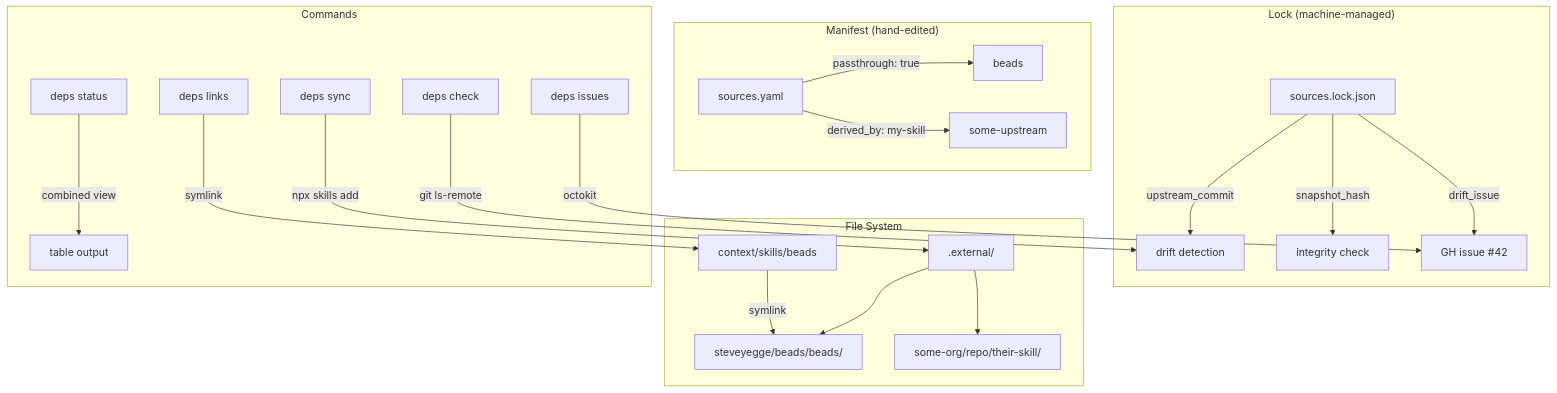
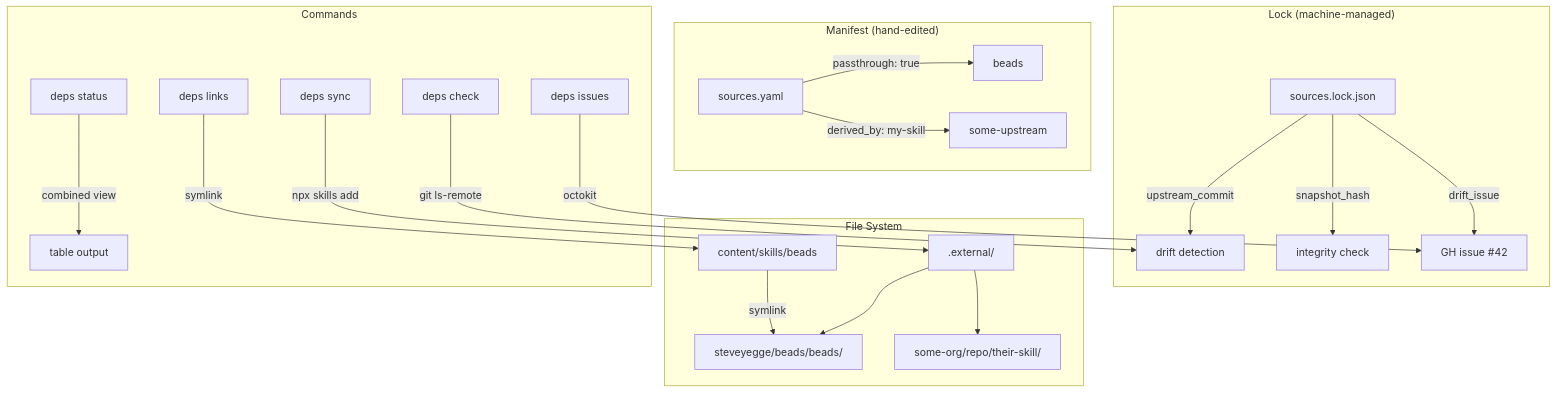
One commit to aRustyDev/agents changed the diagram in docs/src/adr/014-external-skill-tracking-architecture.md. Above: the diagram before and after it, drawn with Mermaid. The commit also changed other lines of this file and 4846 other files, not shown here.

First line of the commit message:
refactor: rename context/ -> content/ + update all config (ai-37e)

````diff
--- a/docs/src/adr/014-external-skill-tracking-architecture.md
+++ b/docs/src/adr/014-external-skill-tracking-architecture.md
@@ -78,30 +78,30 @@
 ```mermaid
 graph TD
     subgraph "Manifest (hand-edited)"
         M[sources.yaml]
         M -->|passthrough: true| PT[beads]
         M -->|derived_by: my-skill| DR[some-upstream]
     end
 
     subgraph "Lock (machine-managed)"
         L[sources.lock.json]
         L -->|upstream_commit| UC[drift detection]
         L -->|snapshot_hash| SH[integrity check]
         L -->|drift_issue| DI[GH issue #42]
     end
 
     subgraph "File System"
         EXT[.external/]
         EXT --> S1[steveyegge/beads/beads/]
         EXT --> S2[some-org/repo/their-skill/]
-        SK[context/skills/beads] -->|symlink| S1
+        SK[content/skills/beads] -->|symlink| S1
     end
 
     subgraph "Commands"
         C1[deps check] -->|git ls-remote| UC
         C2[deps sync] -->|npx skills add| EXT
         C3[deps issues] -->|octokit| DI
         C4[deps links] -->|symlink| SK
         C5[deps status] -->|combined view| ALL[table output]
     end
 ```
````
